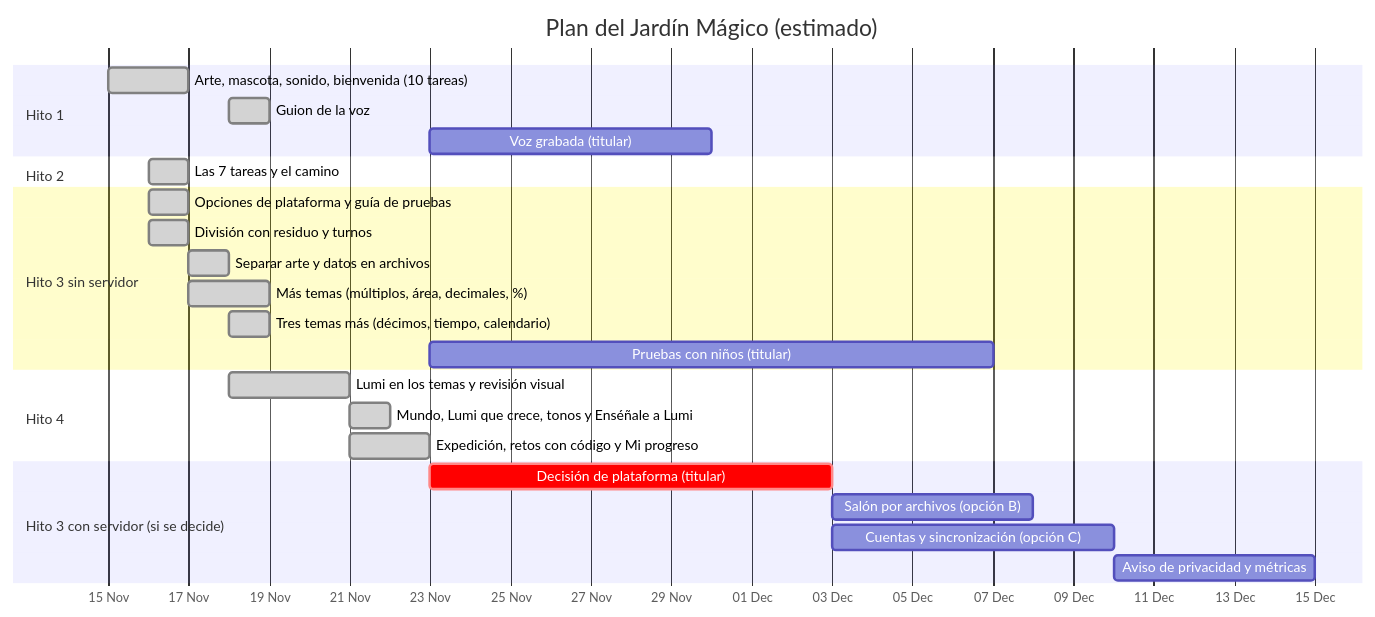
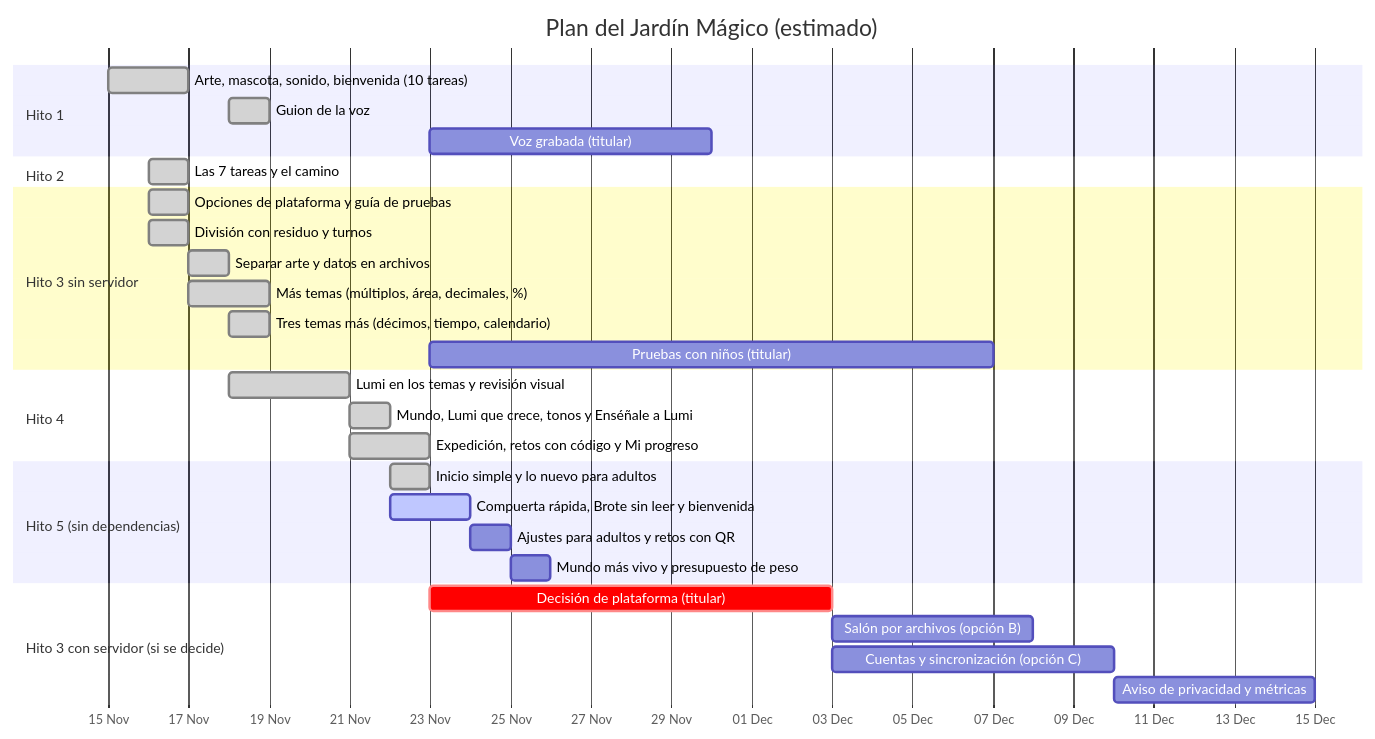
The first of 2 diagrams in docs/PLAN.md (dleon55/jardin-magico-multiplicaciones), drawn with Mermaid before and after one commit. The commit also changed other lines of this file and 3 other files, not shown here.

First line of the commit message:
Compuerta más rápida (un proceso por núcleo) y plan del Hito 5 (#138)

````diff
--- a/docs/PLAN.md
+++ b/docs/PLAN.md
@@ -134,28 +156,33 @@
 ```mermaid
 gantt
     title Plan del Jardín Mágico (estimado)
     dateFormat  YYYY-MM-DD
     axisFormat  %d %b
     section Hito 1
     Arte, mascota, sonido, bienvenida (10 tareas)  :done,    h1, 2026-11-15, 2d
     Guion de la voz                                :done,    h1g, 2026-11-18, 1d
     Voz grabada (titular)                          :         h1v, 2026-11-23, 7d
     section Hito 2
     Las 7 tareas y el camino                       :done,    h2, 2026-11-16, 1d
     section Hito 3 sin servidor
     Opciones de plataforma y guía de pruebas       :done,    h3a, 2026-11-16, 1d
     División con residuo y turnos                  :done,    h3b, 2026-11-16, 1d
     Separar arte y datos en archivos               :done,    h3s, 2026-11-17, 1d
     Más temas (múltiplos, área, decimales, %)      :done,    h3t, 2026-11-17, 2d
     Tres temas más (décimos, tiempo, calendario)   :done,    h3u, 2026-11-18, 1d
     Pruebas con niños (titular)                    :         h3n, 2026-11-23, 14d
     section Hito 4
     Lumi en los temas y revisión visual            :done,    h4a, 2026-11-18, 3d
     Mundo, Lumi que crece, tonos y Enséñale a Lumi :done,    h4b, 2026-11-21, 1d
     Expedición, retos con código y Mi progreso     :done,    h4c, 2026-11-21, 2d
+    section Hito 5 (sin dependencias)
+    Inicio simple y lo nuevo para adultos          :done,    h5a, 2026-11-22, 1d
+    Compuerta rápida, Brote sin leer y bienvenida  :active,  h5b, 2026-11-22, 2d
+    Ajustes para adultos y retos con QR            :         h5c, after h5b, 1d
+    Mundo más vivo y presupuesto de peso           :         h5d, after h5c, 1d
     section Hito 3 con servidor (si se decide)
     Decisión de plataforma (titular)               :crit,    h3d, 2026-11-23, 10d
     Salón por archivos (opción B)                  :         h3b2, after h3d, 5d
     Cuentas y sincronización (opción C)            :         h3e, after h3d, 7d
     Aviso de privacidad y métricas                 :         h3g, after h3e, 5d
 ```
````
